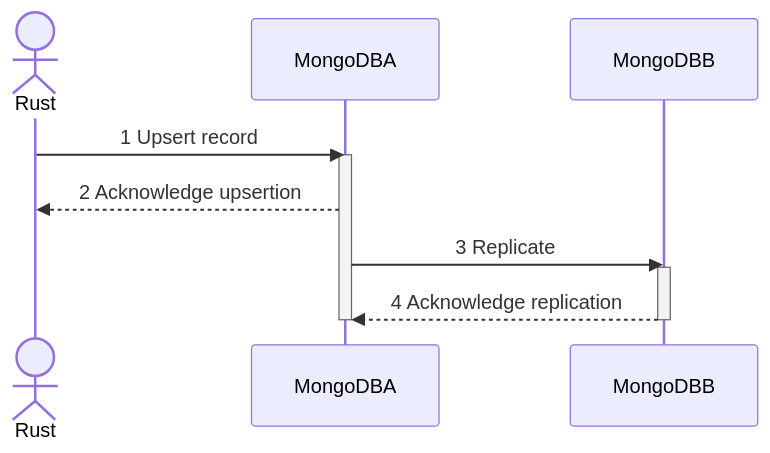
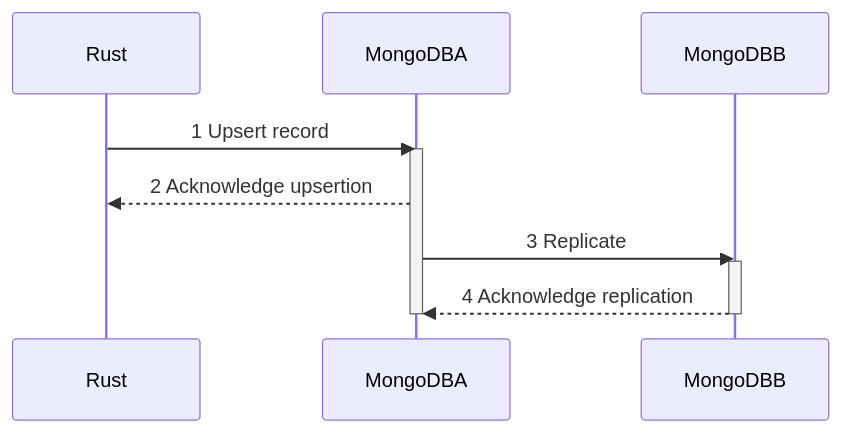
Before and after one commit to MarcoLuglio/kubernetes-mongodb: the diagram in README.md, drawn with Mermaid.

Commit message:
Fixing actor not supported in sequence diagram

````diff
--- a/README.md
+++ b/README.md
@@ -4,19 +4,19 @@
 ```mermaid
 sequenceDiagram
 
 %% Download mermaid diagram extension to view the sequence below.
 %% Try it on https://mermaid-js.github.io/mermaid-live-editor/edit
 
-actor Rust
+participant Rust
 participant MongoDBA
 participant MongoDBB
 
 Rust->>MongoDBA: 1 Upsert record
 activate MongoDBA
 MongoDBA-->>Rust: 2 Acknowledge upsertion
 MongoDBA->>MongoDBB: 3 Replicate
 activate MongoDBB
 MongoDBB-->>MongoDBA: 4 Acknowledge replication
 deactivate MongoDBB
 deactivate MongoDBA
 ```
````
